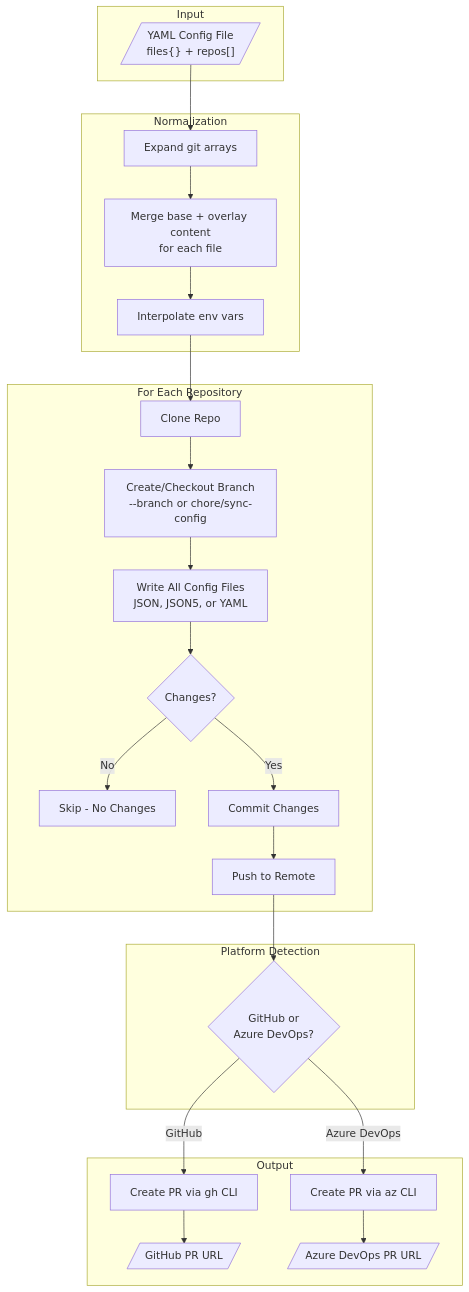
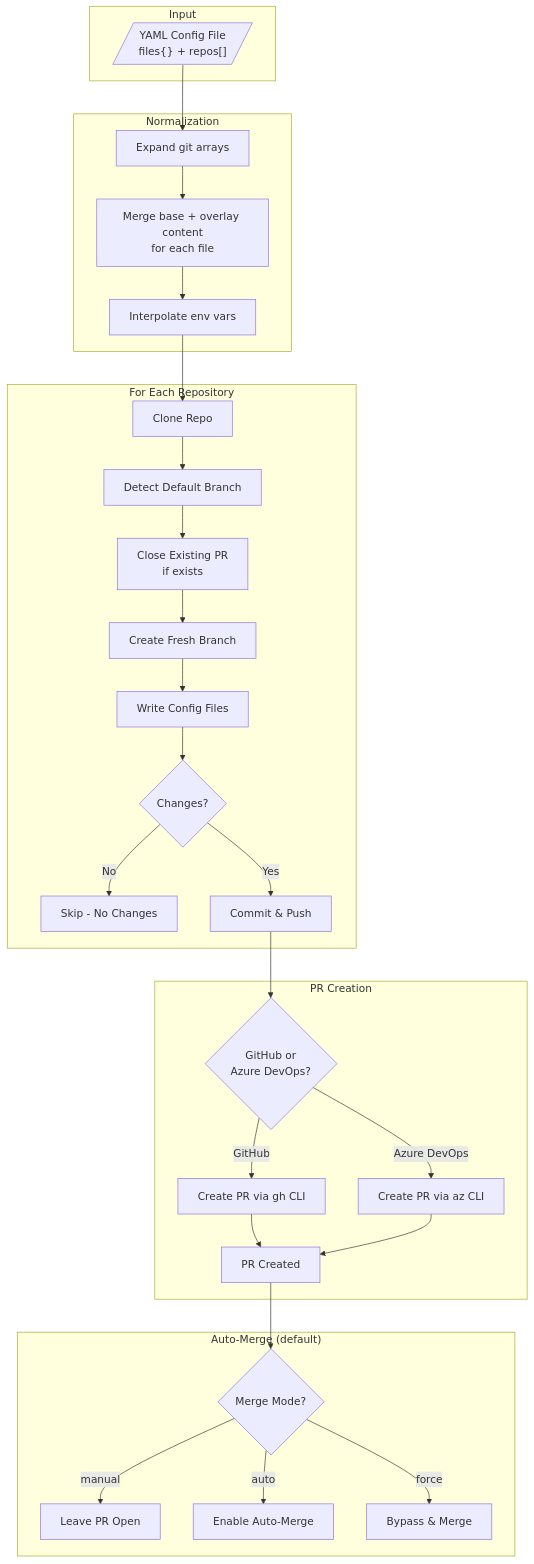
Before and after one commit to anthony-spruyt/xfg: the diagram in README.md, drawn with Mermaid. The commit also changed other lines of this file and 2 other files, not shown here.

First line of the commit message:
docs: update documentation to reflect new defaults and fresh-start workflow

````diff
--- a/README.md
+++ b/README.md
@@ -718,34 +718,39 @@
 ```mermaid
 flowchart TB
     subgraph Input
         YAML[/"YAML Config File<br/>files{} + repos[]"/]
     end
 
     subgraph Normalization
         EXPAND[Expand git arrays] --> MERGE[Merge base + overlay content<br/>for each file]
         MERGE --> ENV[Interpolate env vars]
     end
 
     subgraph Processing["For Each Repository"]
-        CLONE[Clone Repo] --> BRANCH[Create/Checkout Branch<br/>--branch or chore/sync-config]
-        BRANCH --> WRITE[Write All Config Files<br/>JSON, JSON5, or YAML]
+        CLONE[Clone Repo] --> DETECT_BRANCH[Detect Default Branch]
+        DETECT_BRANCH --> CLOSE_PR[Close Existing PR<br/>if exists]
+        CLOSE_PR --> BRANCH[Create Fresh Branch]
+        BRANCH --> WRITE[Write Config Files]
         WRITE --> CHECK{Changes?}
         CHECK -->|No| SKIP[Skip - No Changes]
-        CHECK -->|Yes| COMMIT[Commit Changes]
-        COMMIT --> PUSH[Push to Remote]
+        CHECK -->|Yes| COMMIT[Commit & Push]
     end
 
-    subgraph Platform["Platform Detection"]
-        PUSH --> DETECT{GitHub or<br/>Azure DevOps?}
+    subgraph Platform["PR Creation"]
+        COMMIT --> PR_DETECT{GitHub or<br/>Azure DevOps?}
+        PR_DETECT -->|GitHub| GH_PR[Create PR via gh CLI]
+        PR_DETECT -->|Azure DevOps| AZ_PR[Create PR via az CLI]
+        GH_PR --> PR_CREATED[PR Created]
+        AZ_PR --> PR_CREATED
     end
 
-    subgraph Output
-        DETECT -->|GitHub| GH_PR[Create PR via gh CLI]
-        DETECT -->|Azure DevOps| AZ_PR[Create PR via az CLI]
-        GH_PR --> GH_URL[/"GitHub PR URL"/]
-        AZ_PR --> AZ_URL[/"Azure DevOps PR URL"/]
+    subgraph AutoMerge["Auto-Merge (default)"]
+        PR_CREATED --> MERGE_MODE{Merge Mode?}
+        MERGE_MODE -->|manual| OPEN[Leave PR Open]
+        MERGE_MODE -->|auto| AUTO[Enable Auto-Merge]
+        MERGE_MODE -->|force| FORCE[Bypass & Merge]
     end
 
     YAML --> EXPAND
     ENV --> CLONE
 ```
````
